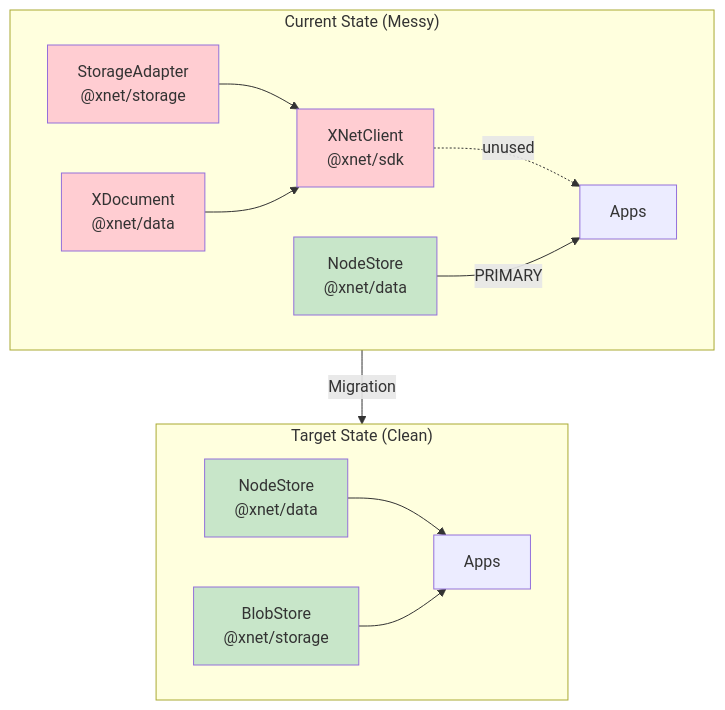
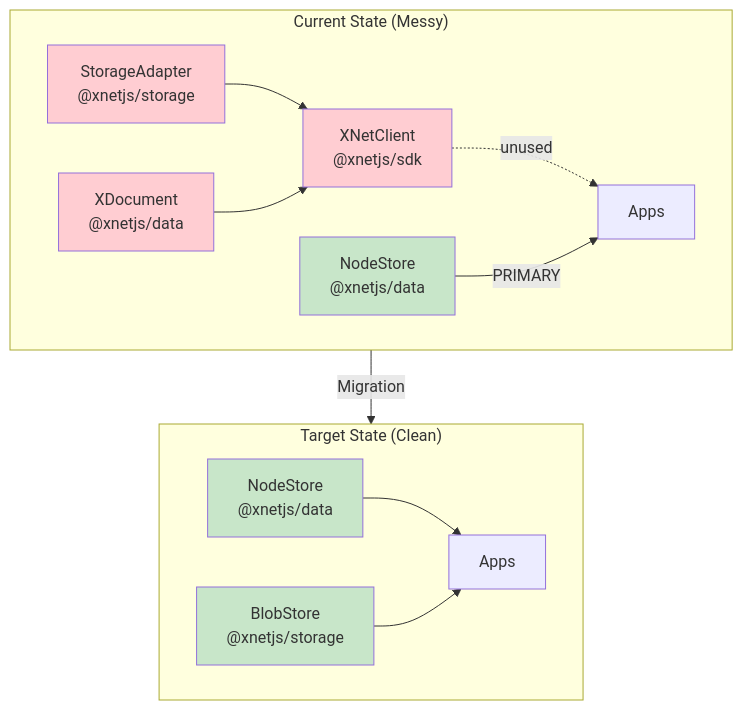
The second of 7 diagrams in docs/explorations/0073_[-]_STORAGEADAPTER_REMOVAL.md (crs48/xNet), drawn with Mermaid before and after one commit. The commit also changed other lines of this file and 980 other files, not shown here.

````diff
--- a/docs/explorations/0073_[-]_STORAGEADAPTER_REMOVAL.md
+++ b/docs/explorations/0073_[-]_STORAGEADAPTER_REMOVAL.md
@@ -70,31 +70,31 @@
 ```mermaid
 flowchart TB
     subgraph Current["Current State (Messy)"]
-        SA["StorageAdapter<br/>@xnet/storage"]
-        XD["XDocument<br/>@xnet/data"]
-        NS["NodeStore<br/>@xnet/data"]
-        SDK["XNetClient<br/>@xnet/sdk"]
+        SA["StorageAdapter<br/>@xnetjs/storage"]
+        XD["XDocument<br/>@xnetjs/data"]
+        NS["NodeStore<br/>@xnetjs/data"]
+        SDK["XNetClient<br/>@xnetjs/sdk"]
 
         SA --> SDK
         XD --> SDK
         SDK -.->|"unused"| Apps
         NS -->|"PRIMARY"| Apps
     end
 
     subgraph Target["Target State (Clean)"]
-        NS2["NodeStore<br/>@xnet/data"]
-        BS2["BlobStore<br/>@xnet/storage"]
+        NS2["NodeStore<br/>@xnetjs/data"]
+        BS2["BlobStore<br/>@xnetjs/storage"]
 
         NS2 --> Apps2["Apps"]
         BS2 --> Apps2
     end
 
     Current -->|"Migration"| Target
 
     style SA fill:#ffcdd2
     style XD fill:#ffcdd2
     style SDK fill:#ffcdd2
     style NS fill:#c8e6c9
     style NS2 fill:#c8e6c9
     style BS2 fill:#c8e6c9
 ```
````
